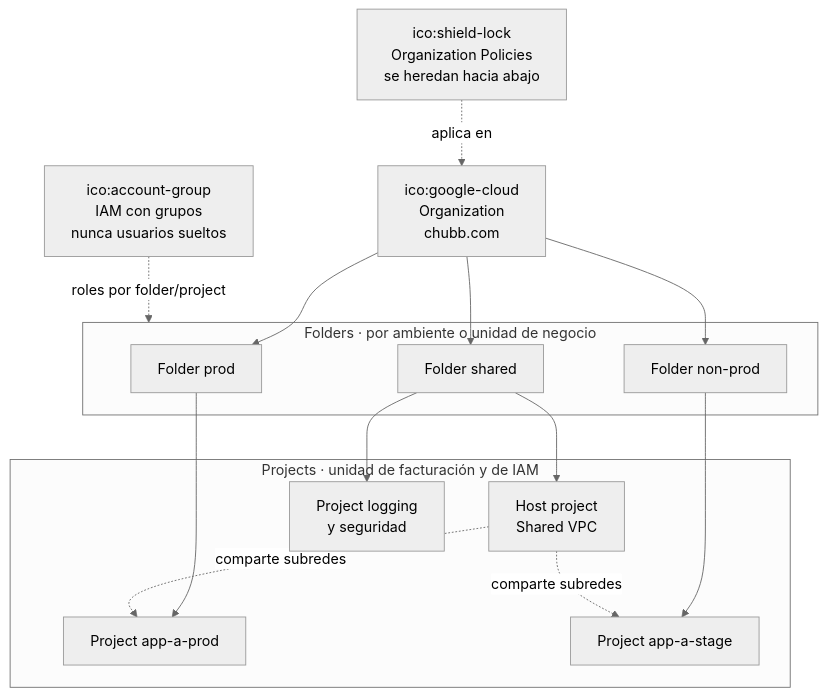
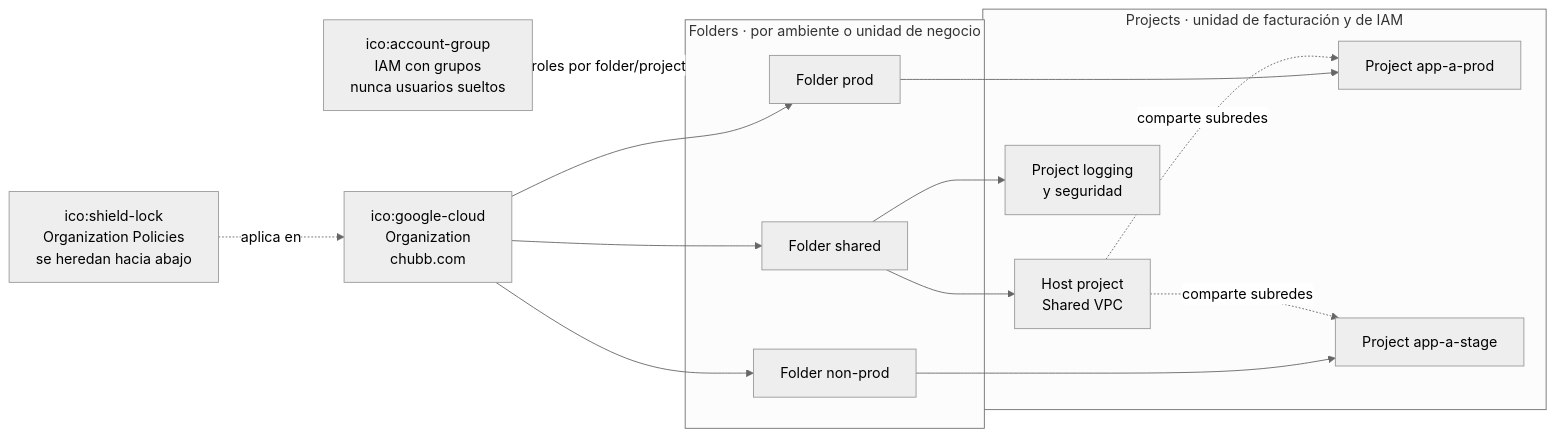
The sixth of 26 diagrams in pruebas-tecnicas/chubb-cloud-engineer-ops/diagramas-c4.md (locosebas/necesidadesYGrafos), drawn with Mermaid (neutral theme) before and after one commit. The commit also changed 3 other files, not shown here.

````diff
--- a/pruebas-tecnicas/chubb-cloud-engineer-ops/diagramas-c4.md
+++ b/pruebas-tecnicas/chubb-cloud-engineer-ops/diagramas-c4.md
@@ -150,28 +150,28 @@
 ```mermaid
-flowchart TB
+flowchart LR
   org["ico:google-cloud<br/>Organization<br/>chubb.com"]:::system
   subgraph fold["Folders · por ambiente o unidad de negocio"]
     fprod["Folder prod"]:::container
     fnon["Folder non-prod"]:::container
     fshr["Folder shared"]:::container
   end
   subgraph proj["Projects · unidad de facturación y de IAM"]
     p1["Project app-a-prod"]:::container
     p2["Project app-a-stage"]:::container
     host["Host project<br/>Shared VPC"]:::container
     logp["Project logging<br/>y seguridad"]:::container
   end
   opol["ico:shield-lock<br/>Organization Policies<br/>se heredan hacia abajo"]:::ext
   iam["ico:account-group<br/>IAM con grupos<br/>nunca usuarios sueltos"]:::ext
   org --> fprod
   org --> fnon
   org --> fshr
   fprod --> p1
   fnon --> p2
   fshr --> host
   fshr --> logp
   opol -.->|"aplica en"| org
   iam -.->|"roles por folder/project"| fold
   host -.->|"comparte subredes"| p1
   host -.->|"comparte subredes"| p2
 ```
````
